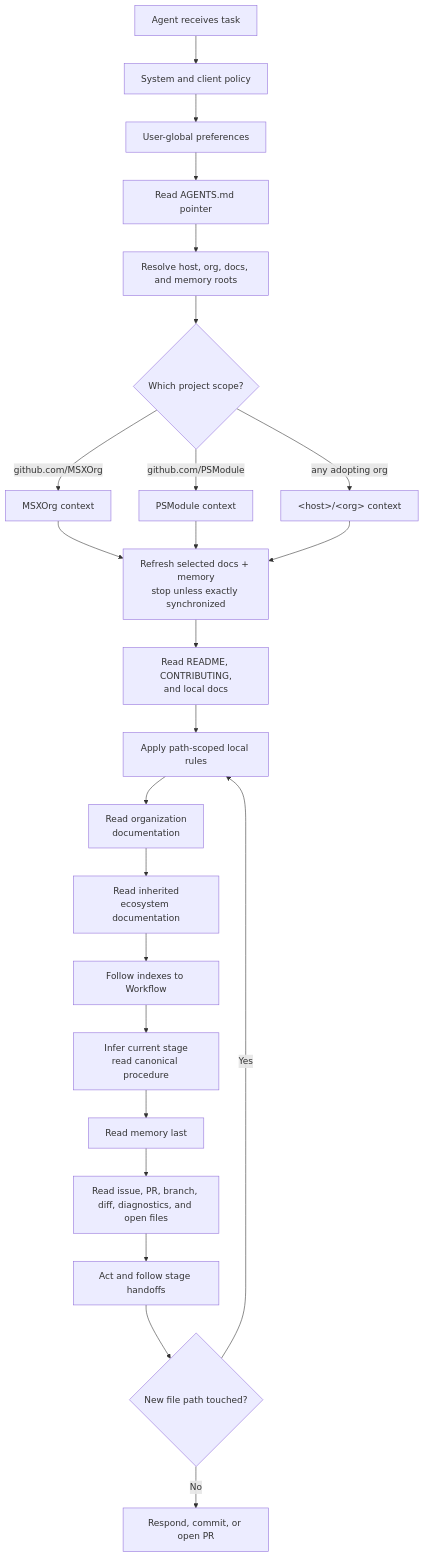
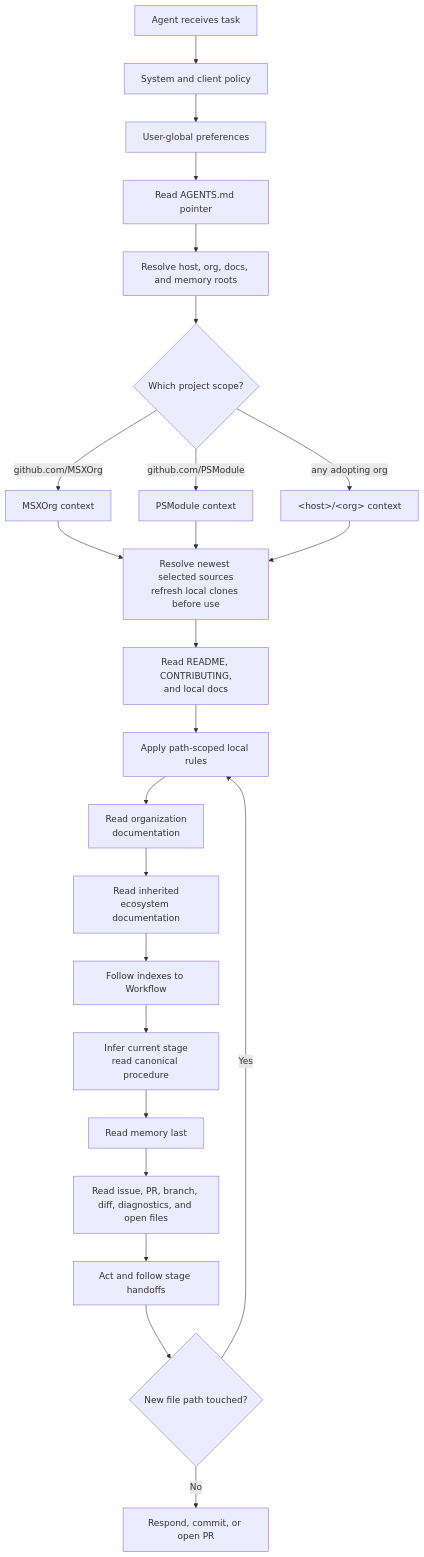
Before and after one commit to MSXOrg/docs: the diagram in src/docs/Capabilities/agentic-development/design.md, drawn with Mermaid. The commit also changed other lines of this file and 7 other files, not shown here.

````diff
--- a/src/docs/Capabilities/agentic-development/design.md
+++ b/src/docs/Capabilities/agentic-development/design.md
@@ -132,30 +132,30 @@
 ```mermaid
 flowchart TD
   start["Agent receives task"] --> policy["System and client policy"]
   policy --> user["User-global preferences"]
   user --> pointer["Read AGENTS.md pointer"]
   pointer --> locate["Resolve host, org, docs, and memory roots"]
 
   locate --> host{"Which project scope?"}
   host -->|"github.com/MSXOrg"| msx["MSXOrg context"]
   host -->|"github.com/PSModule"| psmodule["PSModule context"]
   host -->|"any adopting org"| other["&lt;host&gt;/&lt;org&gt; context"]
 
-  msx --> refresh["Refresh selected docs + memory<br/>stop unless exactly synchronized"]
+  msx --> refresh["Resolve newest selected sources<br/>refresh local clones before use"]
   psmodule --> refresh
   other --> refresh
   refresh --> repo["Read README, CONTRIBUTING,<br/>and local docs"]
   repo --> path["Apply path-scoped local rules"]
   path --> orgdocs["Read organization<br/>documentation"]
   orgdocs --> docs["Read inherited<br/>ecosystem documentation"]
   docs --> workflow["Follow indexes to Workflow"]
 
   workflow --> stage["Infer current stage<br/>read canonical procedure"]
   stage --> memory["Read memory last"]
   memory --> task["Read issue, PR, branch, diff, diagnostics, and open files"]
   task --> act["Act and follow stage handoffs"]
 
   act --> newpath{"New file path touched?"}
   newpath -->|"Yes"| path
   newpath -->|"No"| done["Respond, commit, or open PR"]
 ```
````
